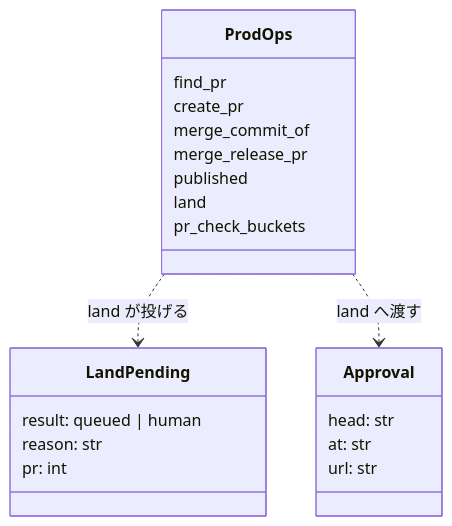
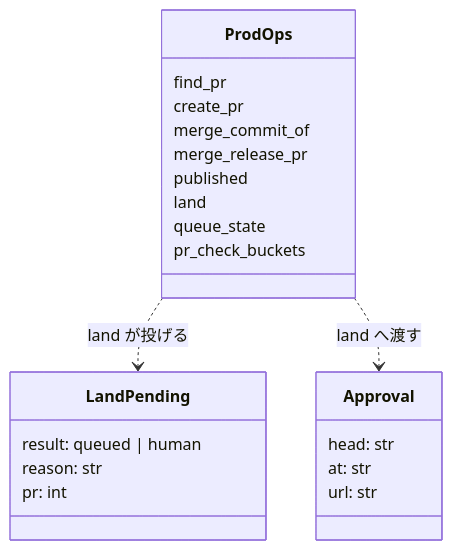
One commit to devbasex/ai-plugins changed the second of 5 diagrams in issues/issue-3703-design.md. Above: the diagram before and after it, drawn with Mermaid. The commit also changed other lines of this file and 1 other file, not shown here.

````diff
--- a/issues/issue-3703-design.md
+++ b/issues/issue-3703-design.md
@@ -179,24 +206,25 @@
 ```mermaid
 classDiagram
   class ProdOps {
     find_pr
     create_pr
     merge_commit_of
     merge_release_pr
     published
     land
+    queue_state
     pr_check_buckets
   }
   class LandPending {
     result: queued | human
     reason: str
     pr: int
   }
   class Approval {
     head: str
     at: str
     url: str
   }
   ProdOps ..> LandPending : land が投げる
   ProdOps ..> Approval : land へ渡す
 ```
````
